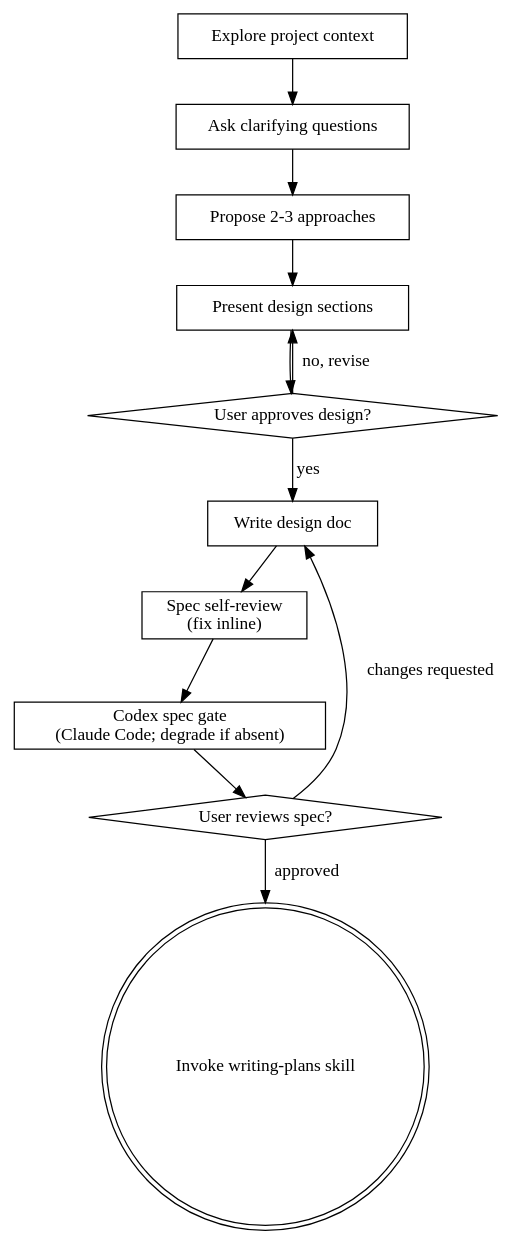
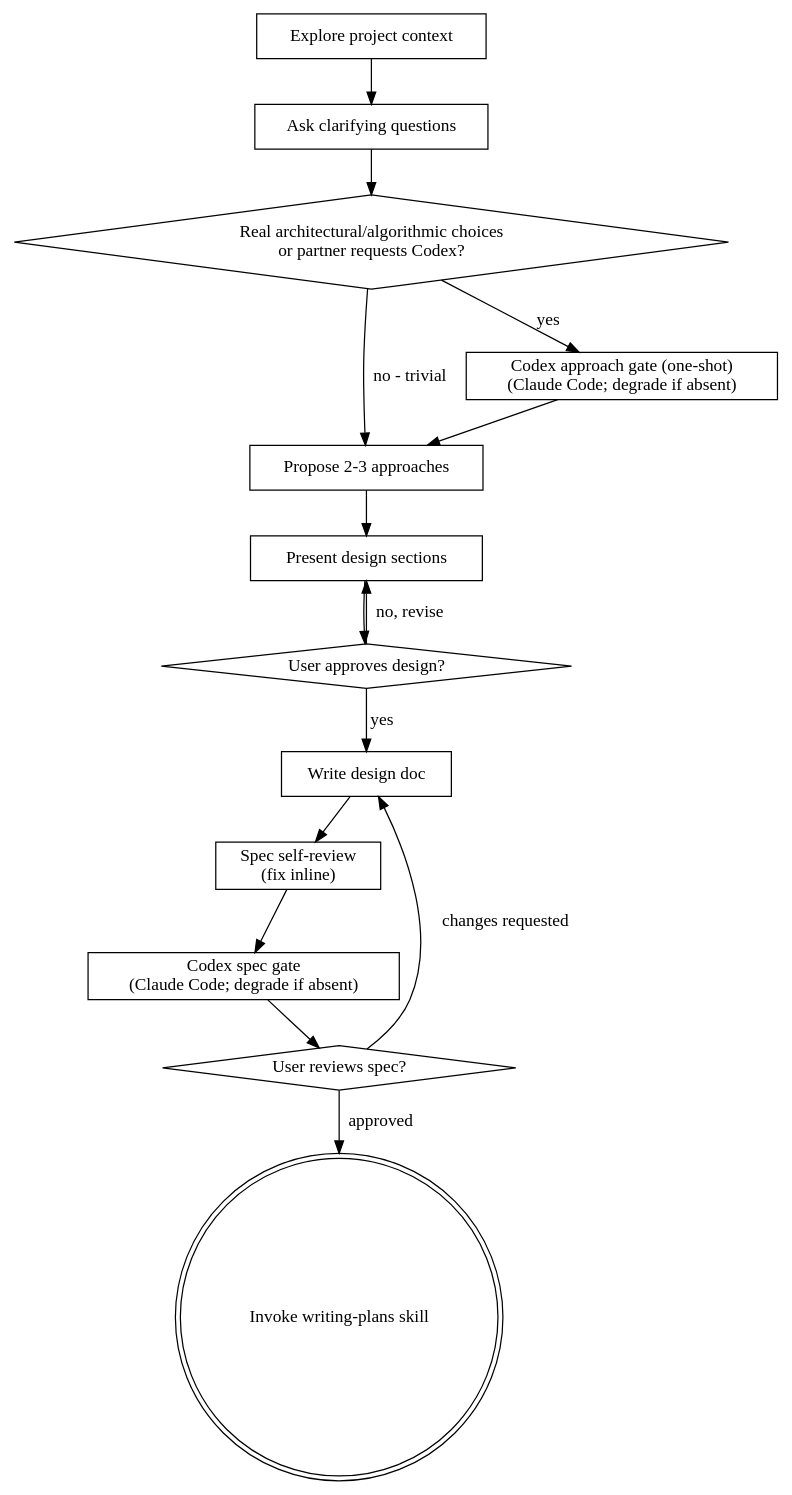
Before and after one commit to scott-arne/hyperpowers: the diagram in skills/brainstorming/SKILL.md, drawn with Graphviz. The commit also changed other lines of this file and 2 other files, not shown here.

Commit message:
feat(brainstorm): add conditional one-shot Codex approach gate

````diff
--- a/skills/brainstorming/SKILL.md
+++ b/skills/brainstorming/SKILL.md
@@ -37,26 +37,31 @@
 ```dot
 digraph brainstorming {
     "Explore project context" [shape=box];
     "Ask clarifying questions" [shape=box];
     "Propose 2-3 approaches" [shape=box];
     "Present design sections" [shape=box];
     "User approves design?" [shape=diamond];
     "Write design doc" [shape=box];
     "Spec self-review\n(fix inline)" [shape=box];
     "Codex spec gate\n(Claude Code; degrade if absent)" [shape=box];
     "User reviews spec?" [shape=diamond];
     "Invoke writing-plans skill" [shape=doublecircle];
 
+    "Real architectural/algorithmic choices\nor partner requests Codex?" [shape=diamond];
+    "Codex approach gate (one-shot)\n(Claude Code; degrade if absent)" [shape=box];
     "Explore project context" -> "Ask clarifying questions";
-    "Ask clarifying questions" -> "Propose 2-3 approaches";
+    "Ask clarifying questions" -> "Real architectural/algorithmic choices\nor partner requests Codex?";
+    "Real architectural/algorithmic choices\nor partner requests Codex?" -> "Codex approach gate (one-shot)\n(Claude Code; degrade if absent)" [label="yes"];
+    "Real architectural/algorithmic choices\nor partner requests Codex?" -> "Propose 2-3 approaches" [label="no - trivial"];
+    "Codex approach gate (one-shot)\n(Claude Code; degrade if absent)" -> "Propose 2-3 approaches";
     "Propose 2-3 approaches" -> "Present design sections";
     "Present design sections" -> "User approves design?";
     "User approves design?" -> "Present design sections" [label="no, revise"];
     "User approves design?" -> "Write design doc" [label="yes"];
     "Write design doc" -> "Spec self-review\n(fix inline)";
     "Spec self-review\n(fix inline)" -> "Codex spec gate\n(Claude Code; degrade if absent)";
     "Codex spec gate\n(Claude Code; degrade if absent)" -> "User reviews spec?";
     "User reviews spec?" -> "Write design doc" [label="changes requested"];
     "User reviews spec?" -> "Invoke writing-plans skill" [label="approved"];
 }
 ```
````
